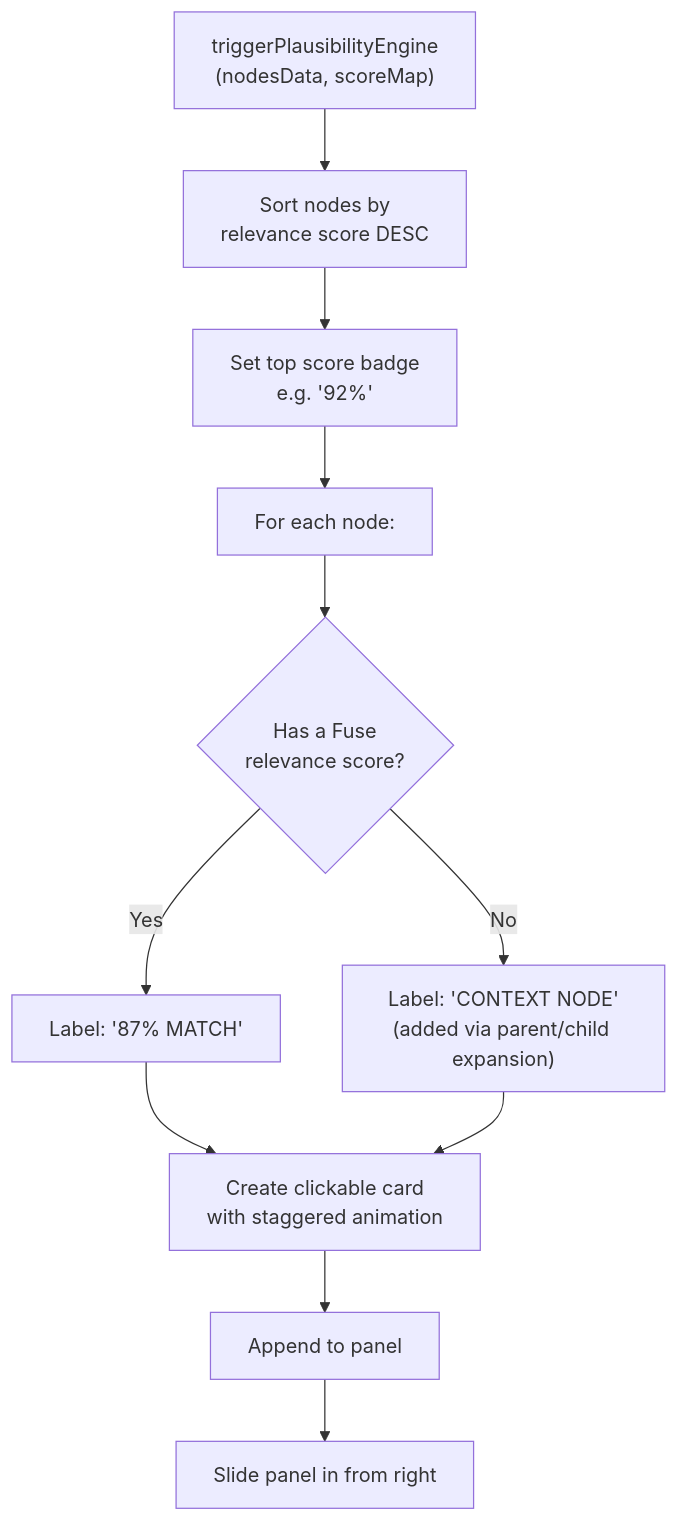
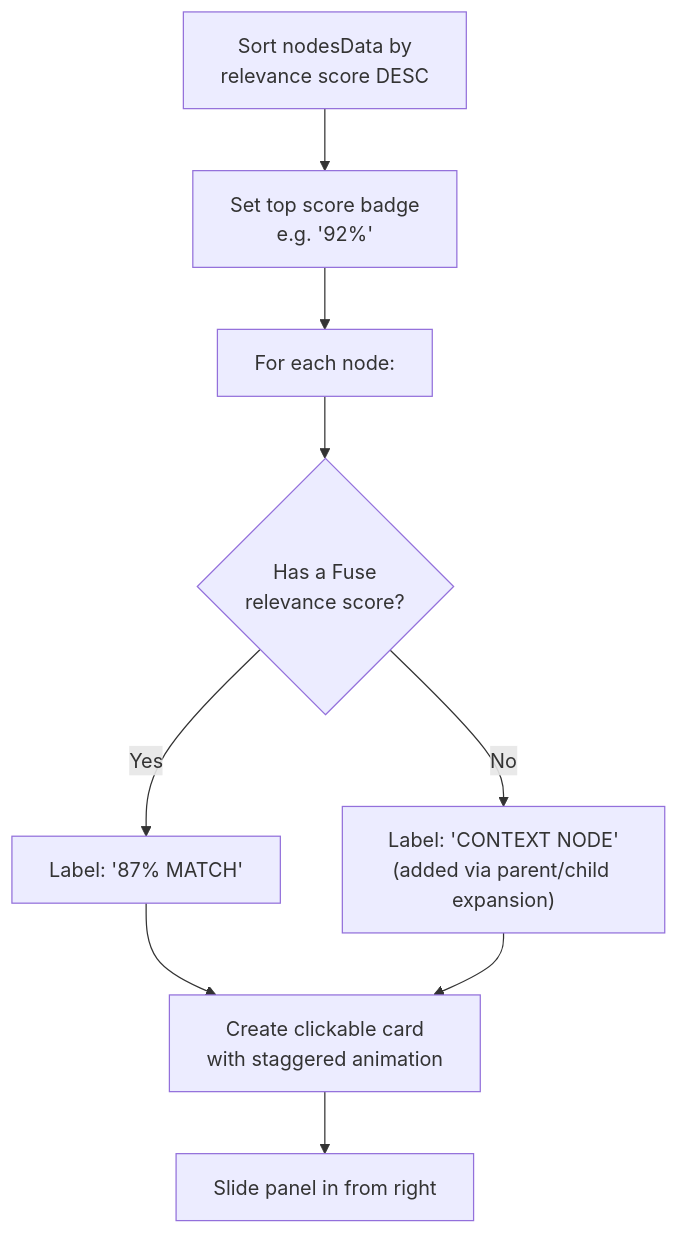
The tenth of 13 diagrams in README.md (Kavyargb/Neuron-IQ), drawn with Mermaid before and after one commit. The commit also changed other lines of this file, not shown here.

First line of the commit message:
Revamp README with architecture, features, PWA

````diff
--- a/README.md
+++ b/README.md
@@ -536,13 +630,11 @@
 ```mermaid
 flowchart TD
-    A["triggerPlausibilityEngine<br>(nodesData, scoreMap)"] --> B["Sort nodes by<br>relevance score DESC"]
-    B --> C["Set top score badge<br>e.g. '92%'"]
-    C --> D["For each node:"]
-    D --> E{"Has a Fuse<br>relevance score?"}
-    E -- "Yes" --> F["Label: '87% MATCH'"]
-    E -- "No" --> G["Label: 'CONTEXT NODE'<br>(added via parent/child expansion)"]
-    F --> H["Create clickable card<br>with staggered animation"]
-    G --> H
-    H --> I["Append to panel"]
-    I --> J["Slide panel in from right"]
+    A["Sort nodesData by<br>relevance score DESC"] --> B["Set top score badge<br>e.g. '92%'"]
+    B --> C["For each node:"]
+    C --> D{"Has a Fuse<br>relevance score?"}
+    D -- "Yes" --> E["Label: '87% MATCH'"]
+    D -- "No" --> F["Label: 'CONTEXT NODE'<br>(added via parent/child expansion)"]
+    E --> G["Create clickable card<br>with staggered animation"]
+    F --> G
+    G --> H["Slide panel in from right"]
 ```
````
